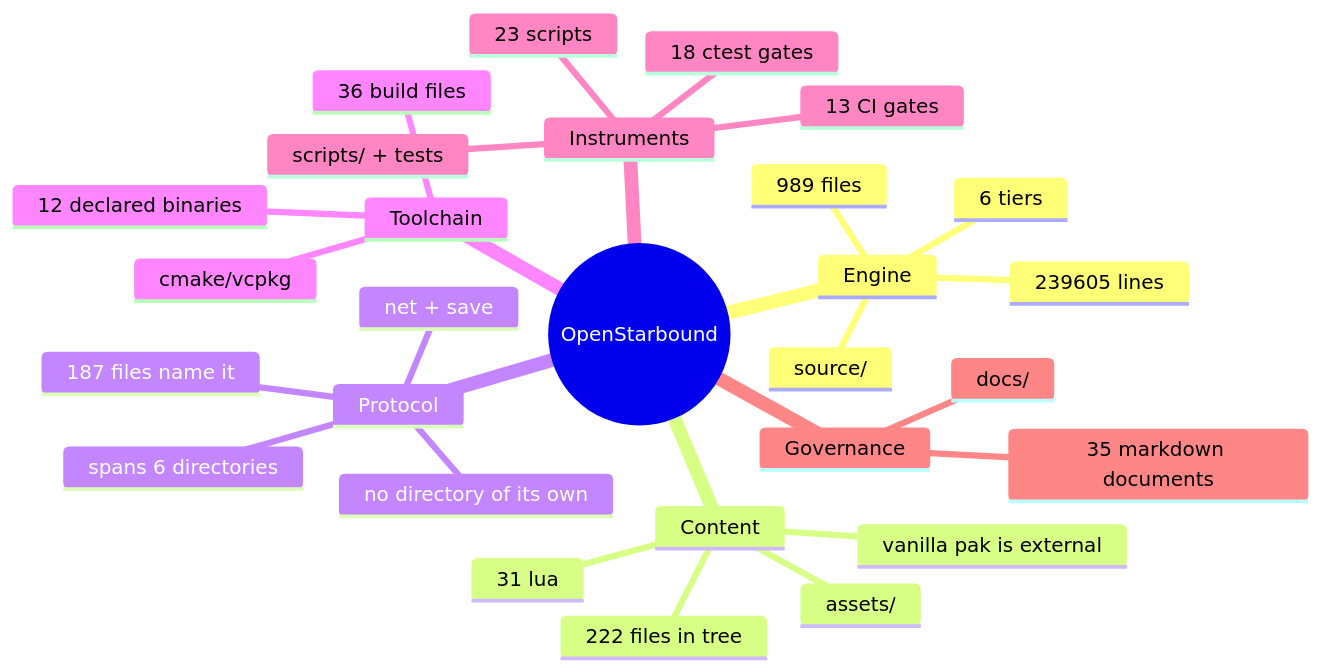
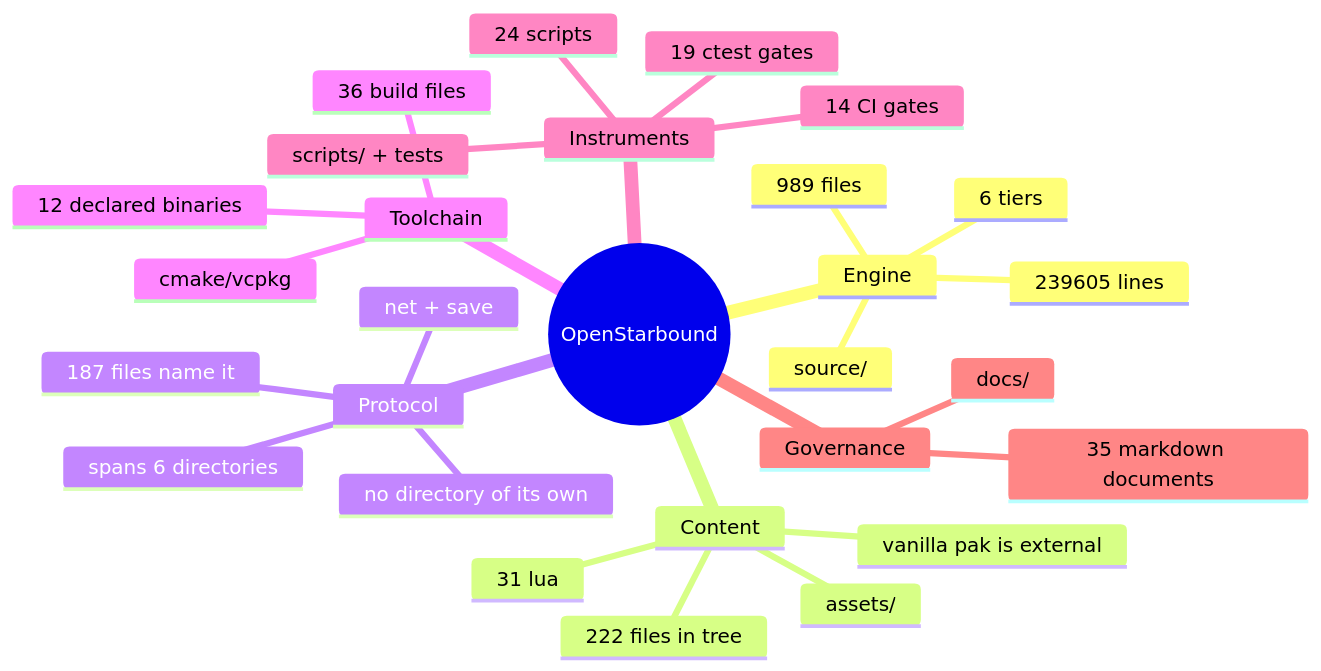
The second of 11 diagrams in docs/architecture/system-boundaries.md (apnex/OpenStarbound), drawn with Mermaid before and after one commit. The commit also changed 4 other files, not shown here.

````diff
--- a/docs/architecture/system-boundaries.md
+++ b/docs/architecture/system-boundaries.md
@@ -166,31 +166,31 @@
 ```mermaid
 mindmap
   root((OpenStarbound))
     Engine
       source/
       989 files
       239605 lines
       6 tiers
     Content
       assets/
       222 files in tree
       31 lua
       vanilla pak is external
     Protocol
       net + save
       187 files name it
       spans 6 directories
       no directory of its own
     Toolchain
       cmake/vcpkg
       36 build files
       12 declared binaries
     Instruments
       scripts/ + tests
-      23 scripts
-      18 ctest gates
-      13 CI gates
+      24 scripts
+      19 ctest gates
+      14 CI gates
     Governance
       docs/
       35 markdown documents
 ```
````
